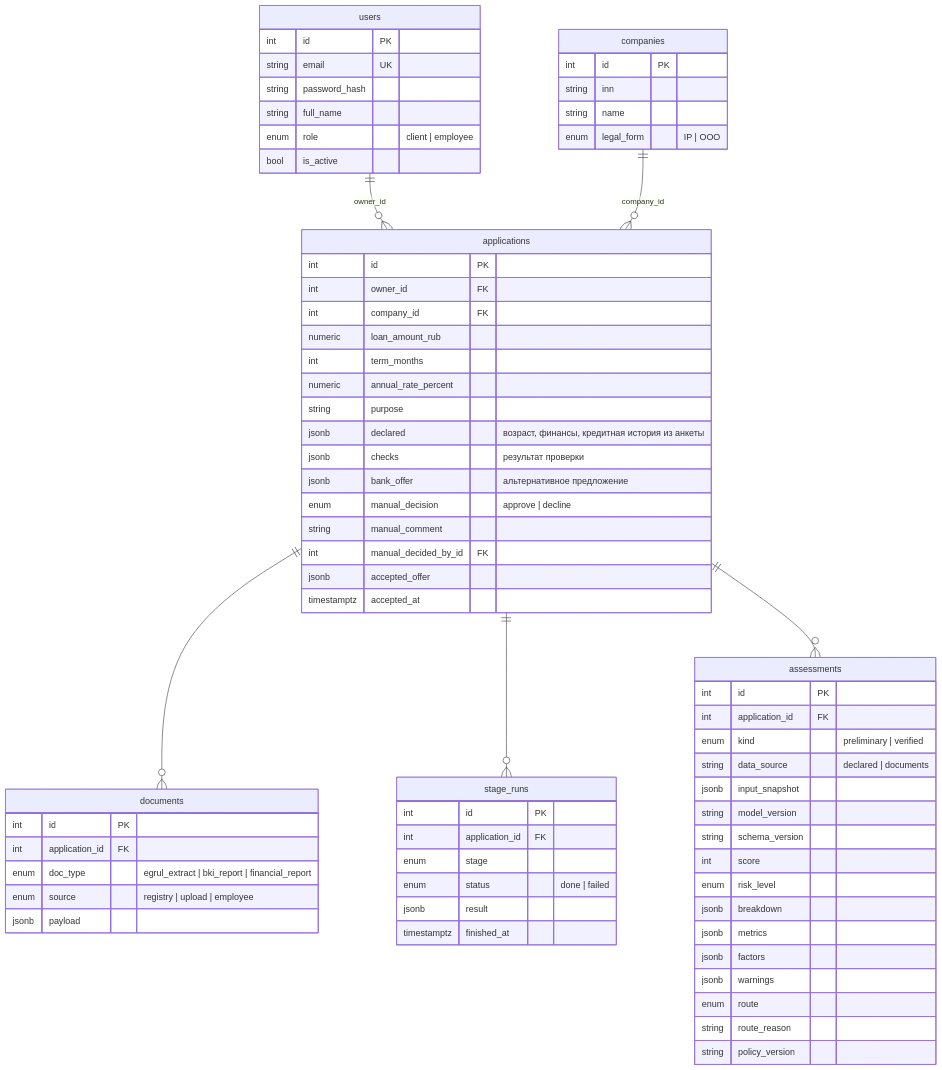
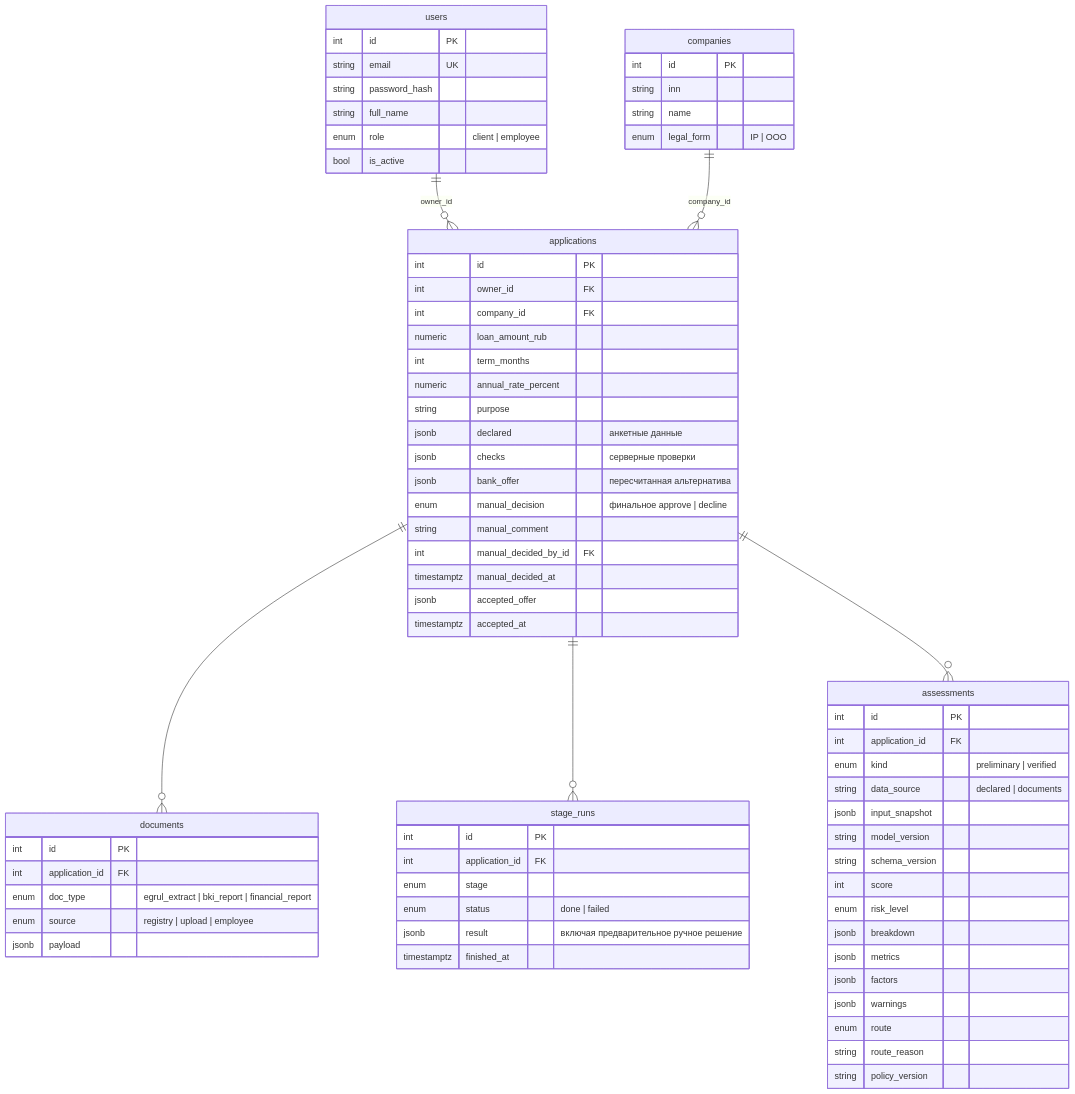
Before and after one commit to oxyW647/alfa-hack-2026: the fourth of 4 diagrams in docs/ARCHITECTURE.md, drawn with Mermaid. The commit also changed other lines of this file and 17 other files, not shown here.

````diff
--- a/docs/ARCHITECTURE.md
+++ b/docs/ARCHITECTURE.md
@@ -114,73 +165,74 @@
 ```mermaid
 erDiagram
     users ||--o{ applications : "owner_id"
     companies ||--o{ applications : "company_id"
     applications ||--o{ documents : ""
     applications ||--o{ stage_runs : ""
     applications ||--o{ assessments : ""
 
     users {
         int id PK
         string email UK
         string password_hash
         string full_name
         enum role "client | employee"
         bool is_active
     }
     companies {
         int id PK
         string inn
         string name
         enum legal_form "IP | OOO"
     }
     applications {
         int id PK
         int owner_id FK
         int company_id FK
         numeric loan_amount_rub
         int term_months
         numeric annual_rate_percent
         string purpose
-        jsonb declared "возраст, финансы, кредитная история из анкеты"
-        jsonb checks "результат проверки"
-        jsonb bank_offer "альтернативное предложение"
-        enum manual_decision "approve | decline"
+        jsonb declared "анкетные данные"
+        jsonb checks "серверные проверки"
+        jsonb bank_offer "пересчитанная альтернатива"
+        enum manual_decision "финальное approve | decline"
         string manual_comment
         int manual_decided_by_id FK
+        timestamptz manual_decided_at
         jsonb accepted_offer
         timestamptz accepted_at
     }
     documents {
         int id PK
         int application_id FK
         enum doc_type "egrul_extract | bki_report | financial_report"
         enum source "registry | upload | employee"
         jsonb payload
     }
     stage_runs {
         int id PK
         int application_id FK
         enum stage
         enum status "done | failed"
-        jsonb result
+        jsonb result "включая предварительное ручное решение"
         timestamptz finished_at
     }
     assessments {
         int id PK
         int application_id FK
         enum kind "preliminary | verified"
         string data_source "declared | documents"
         jsonb input_snapshot
         string model_version
         string schema_version
         int score
         enum risk_level
         jsonb breakdown
         jsonb metrics
         jsonb factors
         jsonb warnings
         enum route
         string route_reason
         string policy_version
     }
 ```
````
